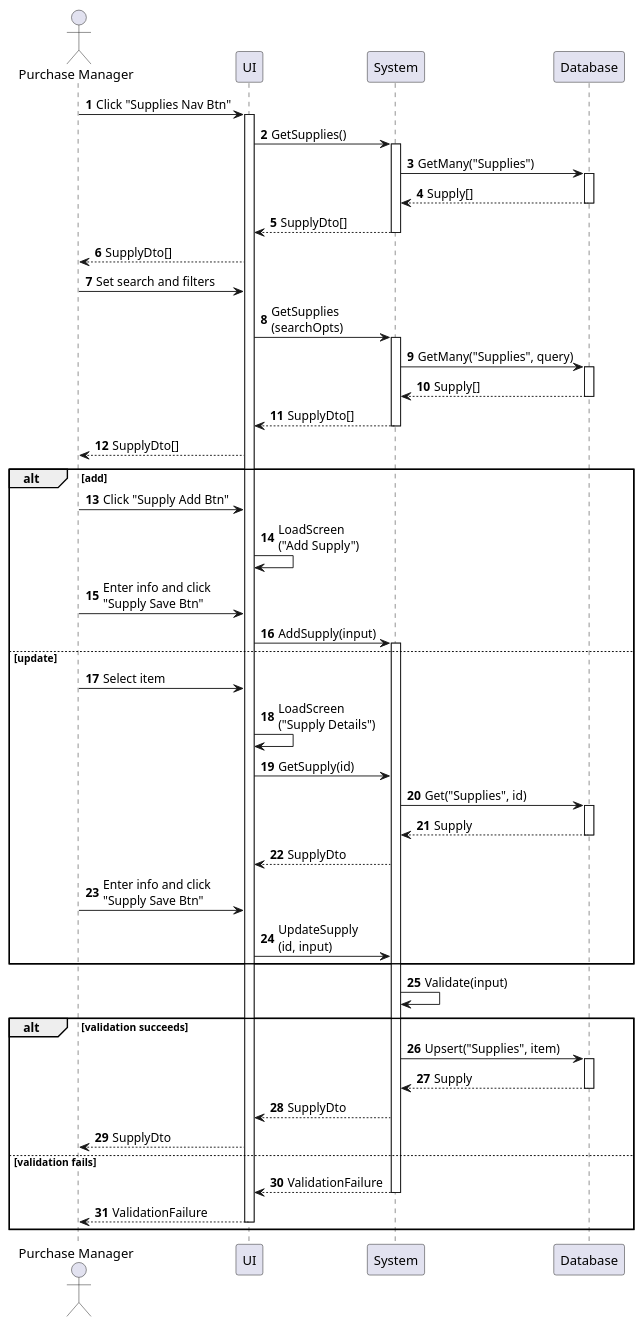
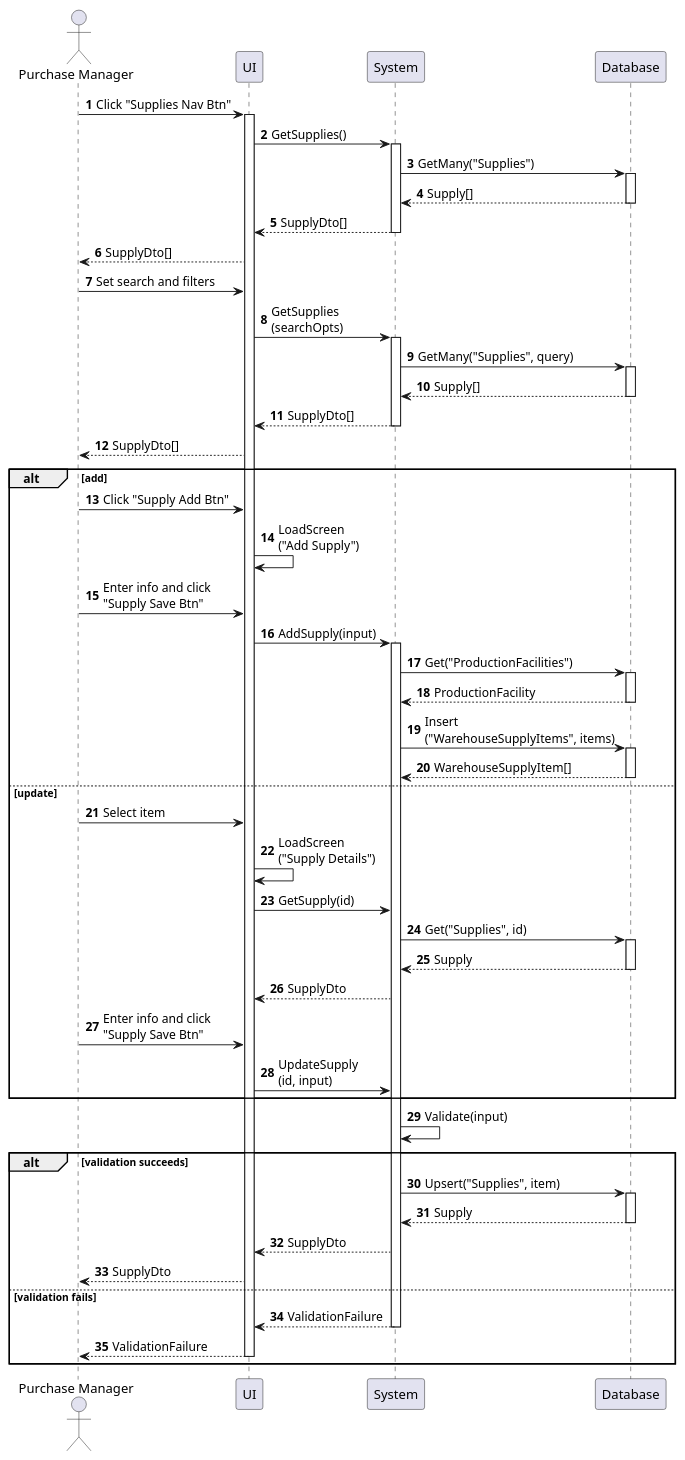
Before and after one commit to phihungha/scmss-reqs: the diagram in sequences/supply-enter.plantuml, drawn with PlantUML. The commit also changed 3 other files, not shown here.

```diff
--- a/sequences/supply-enter.plantuml
+++ b/sequences/supply-enter.plantuml
@@ -1,57 +1,63 @@
 @startuml supply-enter
 autonumber
 
 actor "Purchase Manager" as a
 participant UI as f
 participant System as b
 participant Database as d
 
 a -> f : Click "Supplies Nav Btn"
 activate f
 f -> b : GetSupplies()
 activate b
 b -> d : GetMany("Supplies")
 activate d
 return Supply[]
 return SupplyDto[]
 f --> a : SupplyDto[]
 a -> f : Set search and filters
 f -> b : GetSupplies\n(searchOpts)
 activate b
 b -> d : GetMany("Supplies", query)
 activate d
 return Supply[]
 return SupplyDto[]
 f --> a : SupplyDto[]
 
 alt add
     a -> f : Click "Supply Add Btn"
     f -> f : LoadScreen\n("Add Supply")
     a -> f : Enter info and click\n"Supply Save Btn"
     f -> b : AddSupply(input)
     activate b
+    b -> d : Get("ProductionFacilities")
+    activate d
+    return ProductionFacility
+    b -> d : Insert\n("WarehouseSupplyItems", items)
+    activate d
+    return WarehouseSupplyItem[]
 else update
     a -> f : Select item
     f -> f : LoadScreen\n("Supply Details")
     f -> b : GetSupply(id)
     b -> d : Get("Supplies", id)
     activate d
     return Supply
     b --> f : SupplyDto
     a -> f : Enter info and click\n"Supply Save Btn"
     f -> b : UpdateSupply\n(id, input)
 end
 
 b -> b : Validate(input)
 
 alt validation succeeds
     b -> d : Upsert("Supplies", item)
     activate d
     return Supply
     b --> f : SupplyDto
     f --> a : SupplyDto
 else validation fails
     return ValidationFailure
     return ValidationFailure
 end
 @enduml
```
